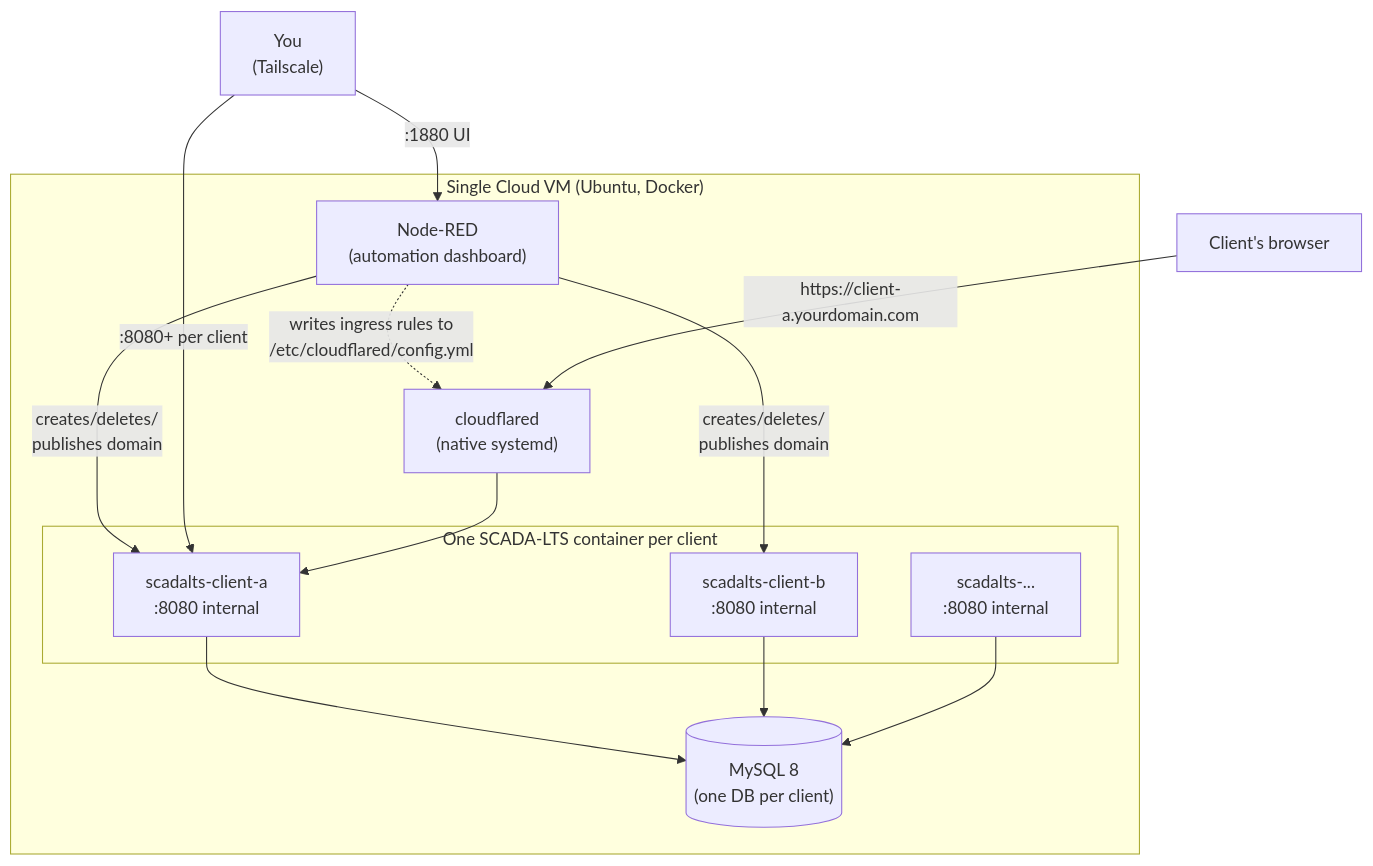
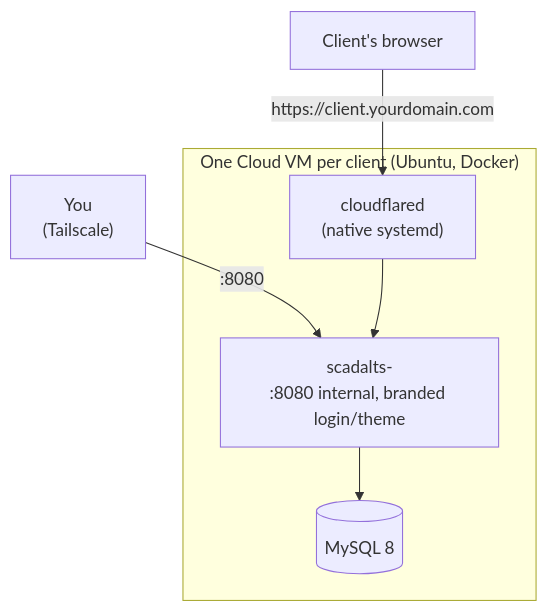
One commit to IAMTHECHRIS/I.O-Multitenant-VM-ScadaLTS changed the diagram in README.md. Above: the diagram before and after it, drawn with Mermaid. The commit also changed other lines of this file and 10 other files, not shown here.

````diff
--- a/README.md
+++ b/README.md
@@ -16,23 +16,12 @@
 ```mermaid
 flowchart TB
-    subgraph VM["Single Cloud VM (Ubuntu, Docker)"]
-        MySQL[("MySQL 8\n(one DB per client)")]
-        subgraph Clients["One SCADA-LTS container per client"]
-            C1["scadalts-client-a\n:8080 internal"]
-            C2["scadalts-client-b\n:8080 internal"]
-            C3["scadalts-...\n:8080 internal"]
-        end
-        NodeRED["Node-RED\n(automation dashboard)"]
+    subgraph VM["One Cloud VM per client (Ubuntu, Docker)"]
+        MySQL[("MySQL 8")]
+        SCADA["scadalts-<client>\n:8080 internal, branded login/theme"]
         Cloudflared["cloudflared\n(native systemd)"]
-        C1 --> MySQL
-        C2 --> MySQL
-        C3 --> MySQL
-        NodeRED -->|creates/deletes/\npublishes domain| C1
-        NodeRED -->|creates/deletes/\npublishes domain| C2
-        NodeRED -.->|writes ingress rules to\n/etc/cloudflared/config.yml| Cloudflared
+        SCADA --> MySQL
     end
-    Admin["You\n(Tailscale)"] -->|:1880 UI| NodeRED
-    Admin -->|:8080+ per client| C1
-    Browser["Client's browser"] -->|https://client-a.yourdomain.com| Cloudflared
-    Cloudflared --> C1
+    Admin["You\n(Tailscale)"] -->|:8080| SCADA
+    Browser["Client's browser"] -->|https://client.yourdomain.com| Cloudflared
+    Cloudflared --> SCADA
 ```
````
